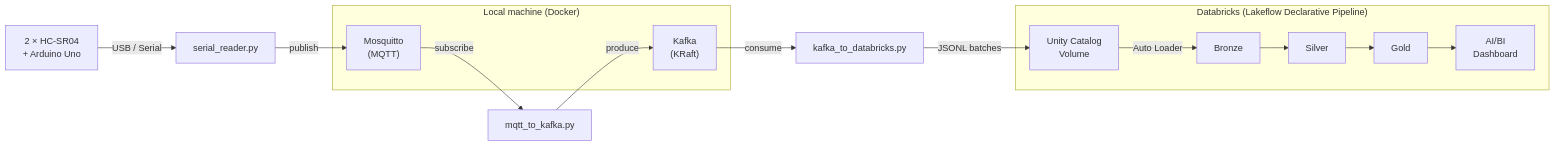
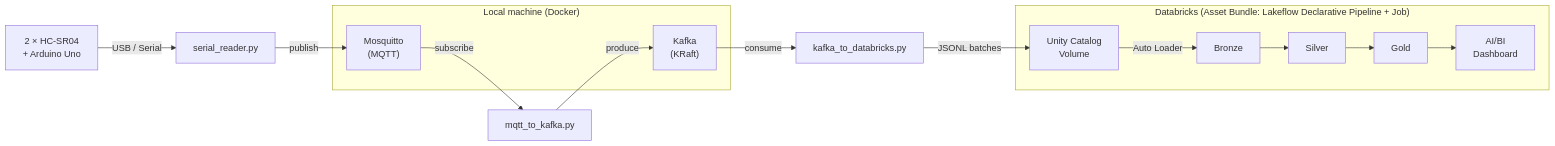
Before and after one commit to cleberzumba/veloradar: the first of 2 diagrams in README.md, drawn with Mermaid. The commit also changed other lines of this file and 1 other file, not shown here.

Commit message:
Point the dashboard to prod and update the README for the bundle and CI/CD

````diff
--- a/README.md
+++ b/README.md
@@ -13,26 +15,26 @@
 ```mermaid
 flowchart LR
     A["2 × HC-SR04<br/>+ Arduino Uno"] -->|USB / Serial| B["serial_reader.py"]
     B -->|publish| C["Mosquitto<br/>(MQTT)"]
     C -->|subscribe| D["mqtt_to_kafka.py"]
     D -->|produce| E["Kafka<br/>(KRaft)"]
     E -->|consume| F["kafka_to_databricks.py"]
     F -->|JSONL batches| G["Unity Catalog<br/>Volume"]
     G -->|Auto Loader| H["Bronze"]
     H --> I["Silver"]
     I --> J["Gold"]
     J --> K["AI/BI<br/>Dashboard"]
 
     subgraph Local["Local machine (Docker)"]
         C
         E
     end
 
-    subgraph DBX["Databricks (Lakeflow Declarative Pipeline)"]
+    subgraph DBX["Databricks (Asset Bundle: Lakeflow Declarative Pipeline + Job)"]
         G
         H
         I
         J
         K
     end
 ```
````
